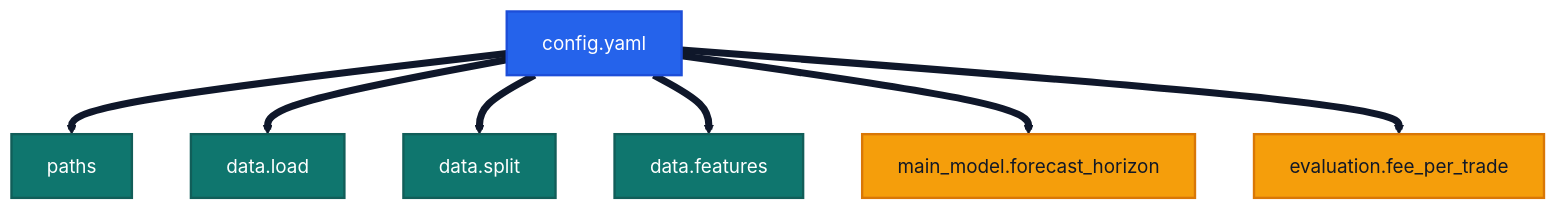
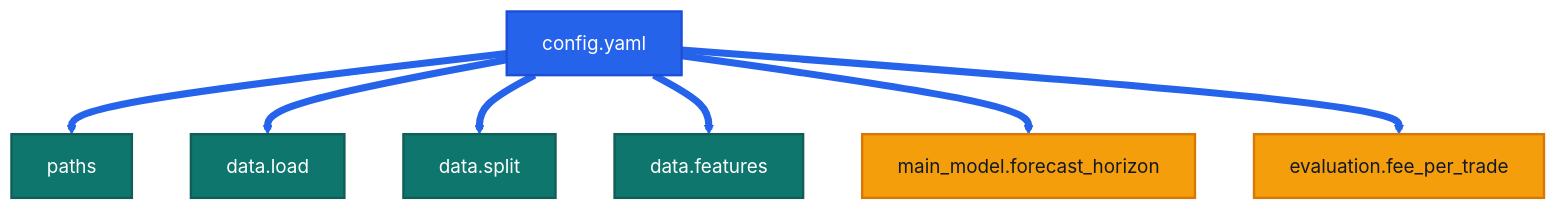
The second of 2 diagrams in README.md (Pablo-Molla-Charlez/SecondaryModel), drawn with Mermaid before and after one commit. The commit also changed other lines of this file, not shown here.

````diff
--- a/README.md
+++ b/README.md
@@ -54,17 +56,17 @@
 ```mermaid
 %%{init: {'theme': 'base', 'themeVariables': { 'primaryColor': '#2563eb', 'primaryBorderColor': '#1d4ed8', 'primaryTextColor': '#ffffff', 'secondaryColor': '#f59e0b', 'tertiaryColor': '#dcfce7', 'lineColor': '#0f172a', 'background': '#ffffff'}}}%%
 flowchart TD
     A[config.yaml] --> B[paths]
     A --> C[data.load]
     A --> D[data.split]
     A --> E[data.features]
     A --> F[main_model.forecast_horizon]
     A --> G[evaluation.fee_per_trade]
     classDef root fill:#2563eb,stroke:#1d4ed8,color:#ffffff,stroke-width:2px;
     classDef group fill:#0f766e,stroke:#115e59,color:#ffffff,stroke-width:2px;
     classDef detail fill:#f59e0b,stroke:#d97706,color:#111827,stroke-width:2px;
     class A root;
     class B,C,D,E group;
     class F,G detail;
-    linkStyle default stroke:#0f172a,stroke-width:6px;
+    linkStyle 0,1,2,3,4,5 stroke:#2563eb,stroke-width:6px;
 ```
````
